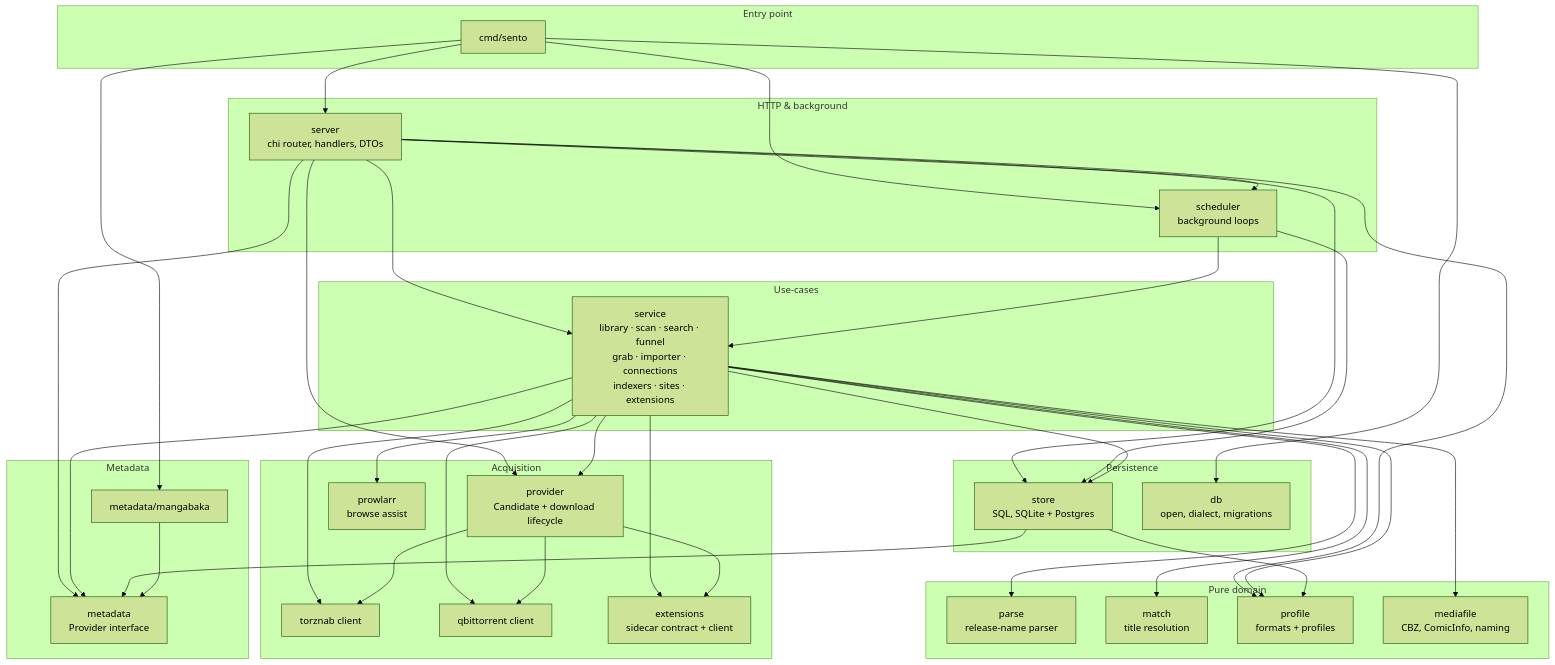
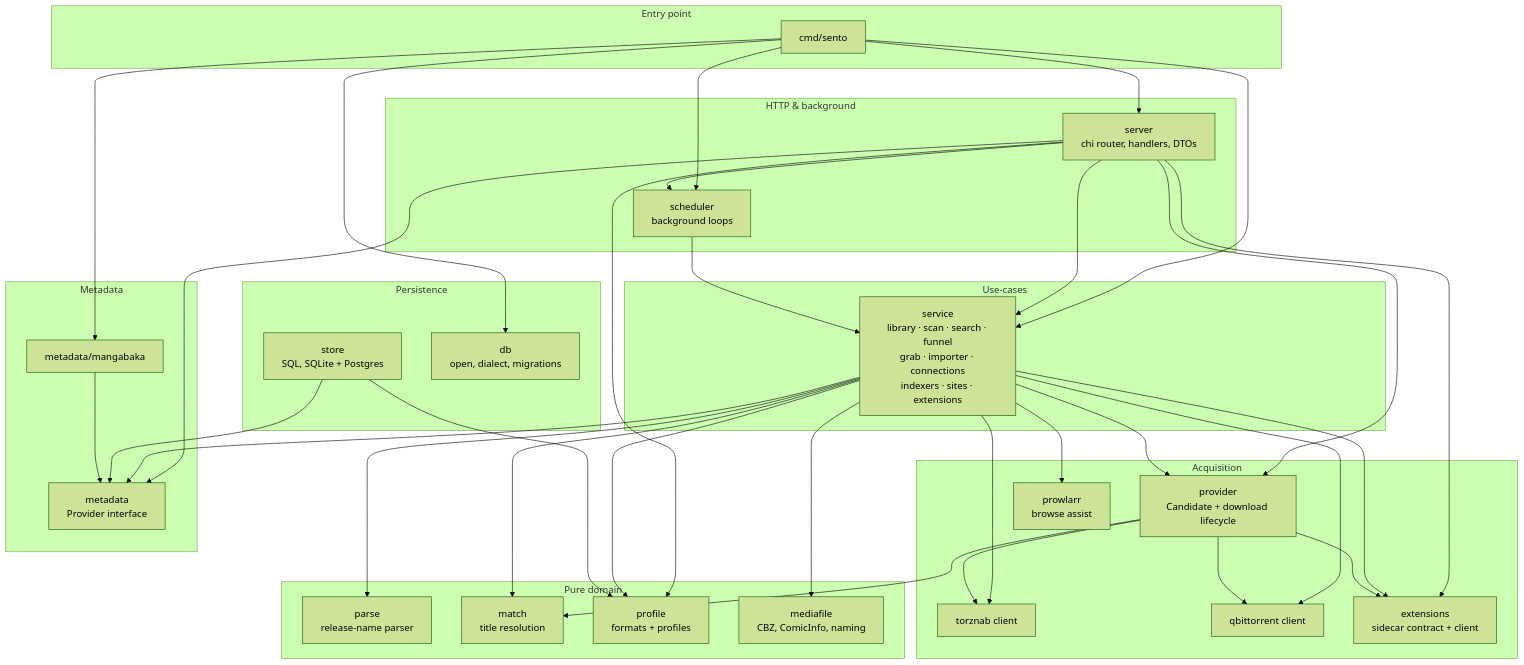
The second of 6 diagrams in docs/architecture.md (h-wb/sento), drawn with Mermaid (forest theme) before and after one commit. The commit also changed other lines of this file and 297 other files, not shown here.

````diff
--- a/docs/architecture.md
+++ b/docs/architecture.md
@@ -22,76 +52,76 @@
 ```mermaid
 graph TD
     subgraph entry [Entry point]
         cmd[cmd/sento]
     end
 
     subgraph http [HTTP & background]
         server[server<br/>chi router, handlers, DTOs]
         scheduler[scheduler<br/>background loops]
     end
 
     subgraph core [Use-cases]
         service[service<br/>library · scan · search · funnel<br/>grab · importer · connections<br/>indexers · sites · extensions]
     end
 
     subgraph persistence [Persistence]
         store[store<br/>SQL, SQLite + Postgres]
         db[db<br/>open, dialect, migrations]
     end
 
     subgraph acquisition [Acquisition]
         provider[provider<br/>Candidate + download lifecycle]
         torznab[torznab client]
         qbittorrent[qbittorrent client]
         extensions[extensions<br/>sidecar contract + client]
         prowlarr[prowlarr<br/>browse assist]
     end
 
     subgraph meta [Metadata]
         metadata[metadata<br/>Provider interface]
         mangabaka[metadata/mangabaka]
     end
 
     subgraph domain [Pure domain]
         parse[parse<br/>release-name parser]
         match[match<br/>title resolution]
         profile[profile<br/>formats + profiles]
         mediafile[mediafile<br/>CBZ, ComicInfo, naming]
     end
 
     cmd --> server
     cmd --> scheduler
+    cmd --> service
     cmd --> db
     cmd --> mangabaka
 
     server --> service
     server --> scheduler
-    server --> store
     server --> provider
+    server --> extensions
     server --> profile
     server --> metadata
 
     scheduler --> service
-    scheduler --> store
 
-    service --> store
     service --> provider
     service --> metadata
     service --> parse
     service --> match
     service --> profile
     service --> mediafile
     service --> prowlarr
     service --> torznab
     service --> qbittorrent
     service --> extensions
 
     store --> metadata
     store --> profile
 
     provider --> torznab
     provider --> qbittorrent
     provider --> extensions
+    provider --> match
 
     mangabaka --> metadata
 ```
````
